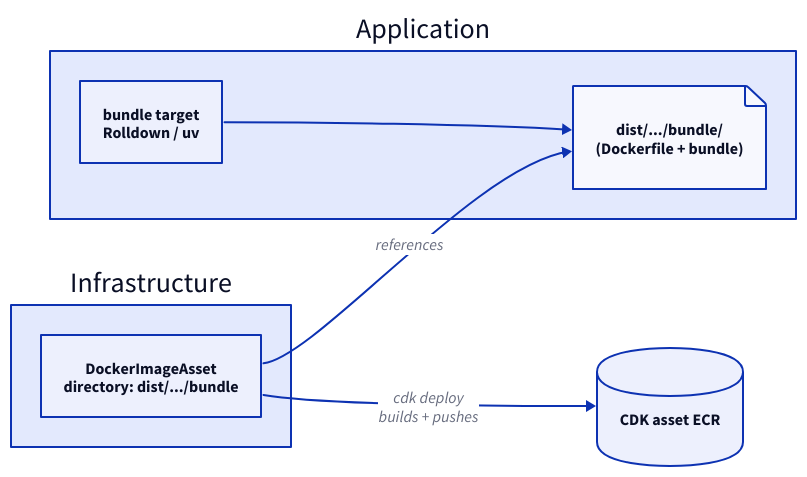
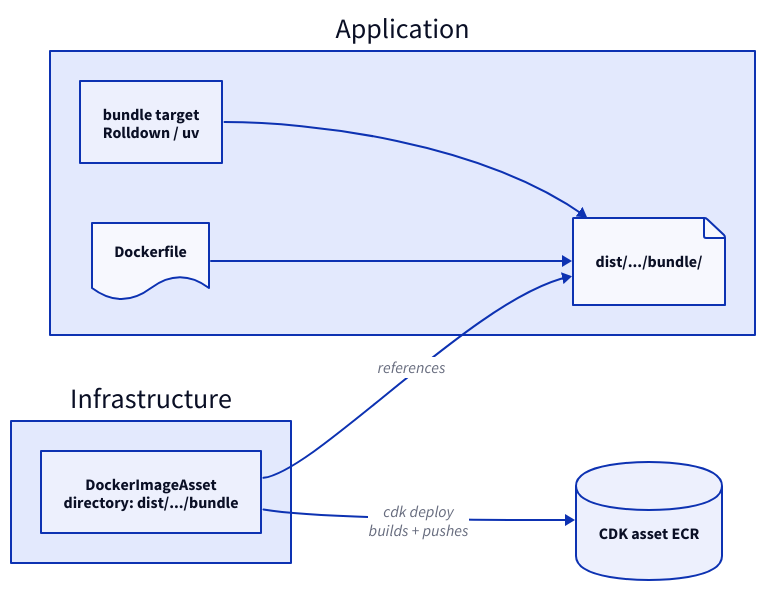
Before and after one commit to awslabs/nx-plugin-for-aws: the second of 3 diagrams in docs/src/content/docs/en/guides/docker-bundling.mdx, drawn with D2. The commit also changed other lines of this file, not shown here.

First line of the commit message:
docs(docker-bundling): show Dockerfile + bundle feeding the dist context in both diagrams

````diff
--- a/docs/src/content/docs/en/guides/docker-bundling.mdx
+++ b/docs/src/content/docs/en/guides/docker-bundling.mdx
@@ -260,22 +260,26 @@
 ```d2
 direction: right
 
 app: Application {
   bundle: "bundle target\nRolldown / uv"
-  ctx: "dist/.../bundle/\n(Dockerfile + bundle)" {
+  dockerfile: Dockerfile {
+    shape: document
+  }
+  ctx: "dist/.../bundle/" {
     shape: page
   }
   bundle -> ctx
+  dockerfile -> ctx
 }
 
 infra: Infrastructure {
   asset: "DockerImageAsset\ndirectory: dist/.../bundle"
 }
 
 ecr: "CDK asset ECR" {
   shape: cylinder
 }
 
 infra.asset -> app.ctx: references
 infra.asset -> ecr: cdk deploy\nbuilds + pushes
 ```
````
